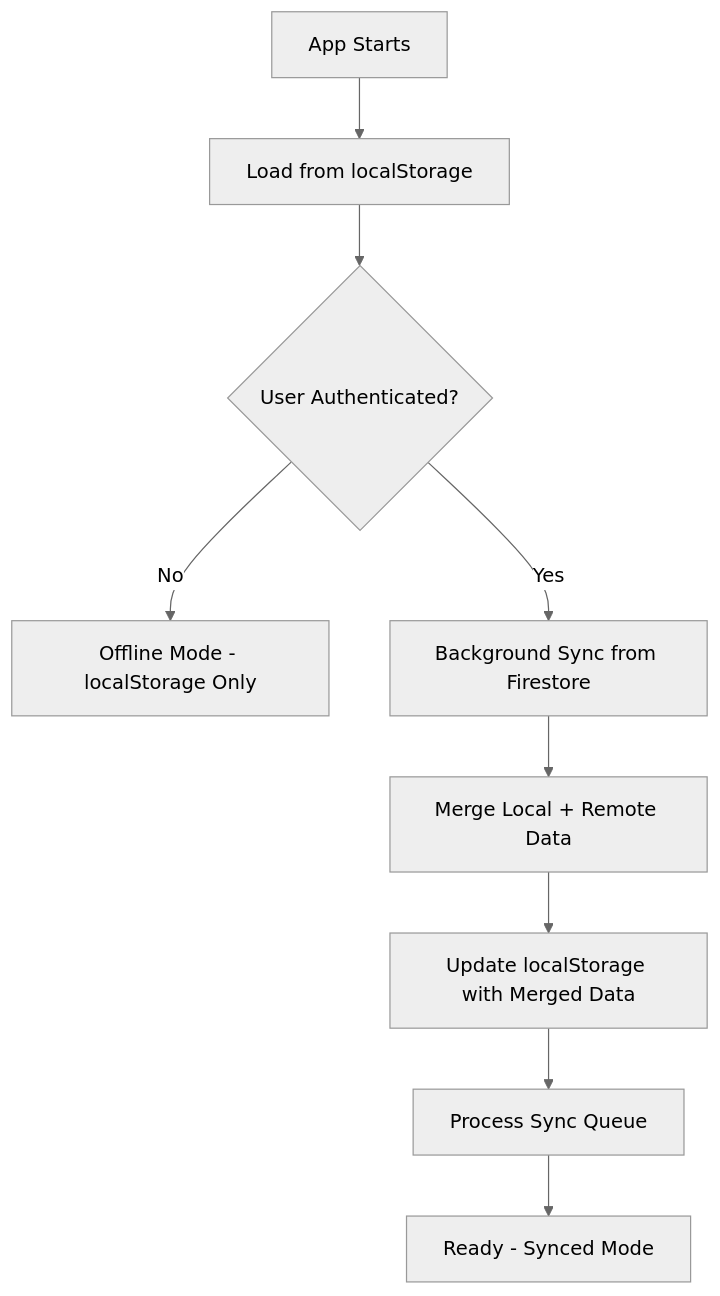
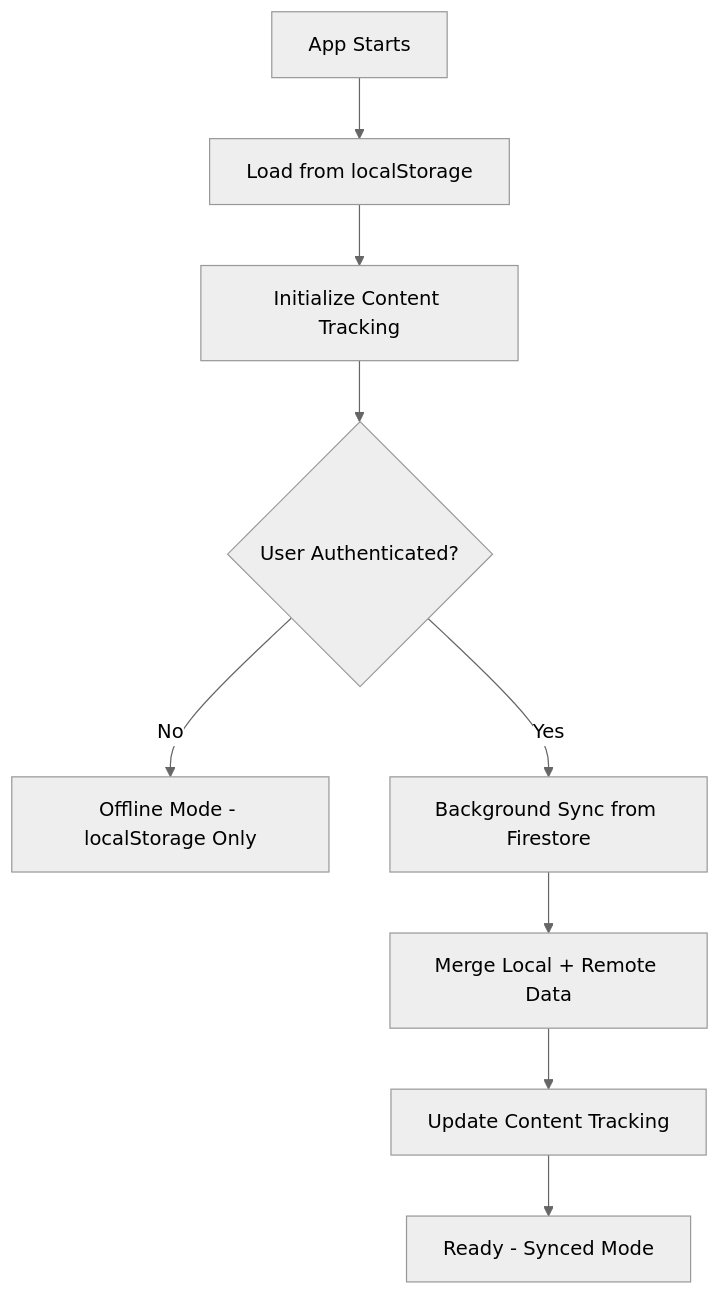
One commit to actaso/reflecta-lab changed the first of 2 diagrams in docs/SYNC_MECHANISM.md. Above: the diagram before and after it, drawn with Mermaid (neutral theme). The commit also changed other lines of this file and 6 other files, not shown here.

````diff
--- a/docs/SYNC_MECHANISM.md
+++ b/docs/SYNC_MECHANISM.md
@@ -28,11 +28,11 @@
 ```mermaid
 graph TD
     A[App Starts] --> B[Load from localStorage]
-    B --> C{User Authenticated?}
-    C -->|No| D[Offline Mode - localStorage Only]
-    C -->|Yes| E[Background Sync from Firestore]
-    E --> F[Merge Local + Remote Data]
-    F --> G[Update localStorage with Merged Data]
-    G --> H[Process Sync Queue]
+    B --> C[Initialize Content Tracking]
+    C --> D{User Authenticated?}
+    D -->|No| E[Offline Mode - localStorage Only]
+    D -->|Yes| F[Background Sync from Firestore]
+    F --> G[Merge Local + Remote Data]
+    G --> H[Update Content Tracking]
     H --> I[Ready - Synced Mode]
 ```
````
